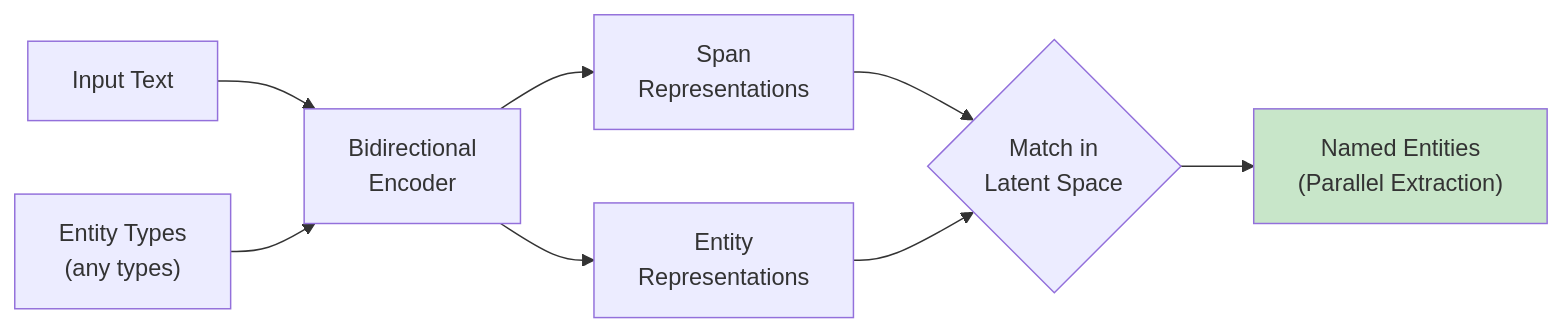
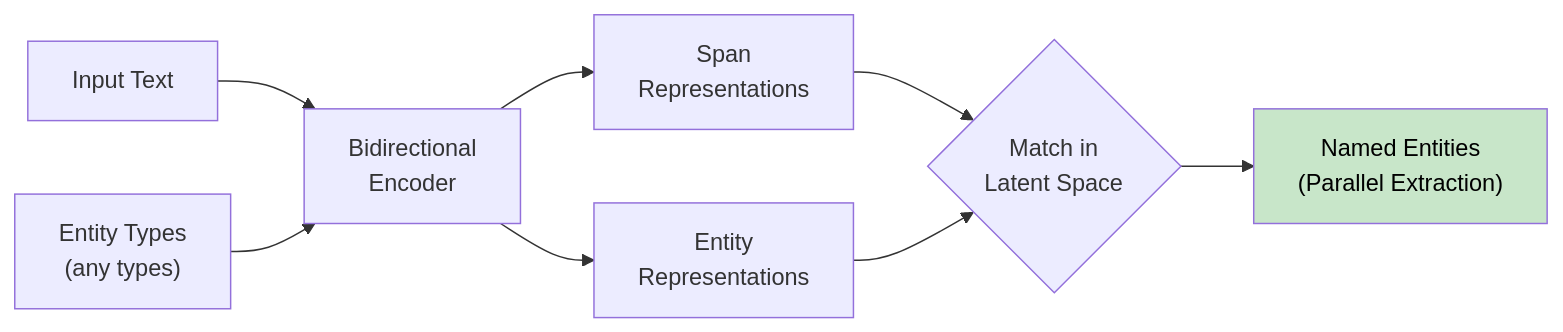
Before and after one commit to gel/gel.github.io: the first of 2 diagrams in content/generative-ai/2-genai-research/10_genai_architecture.md, drawn with Mermaid. The commit also changed other lines of this file and 9 other files, not shown here.

Commit message:
feat: Add 'Ralph Wiggum Loop' trick and enhance Mermaid diagram rendering for improved theme compatibility.

````diff
--- a/content/generative-ai/2-genai-research/10_genai_architecture.md
+++ b/content/generative-ai/2-genai-research/10_genai_architecture.md
@@ -41,12 +41,12 @@
 ```mermaid
 flowchart LR
     Text[Input Text] --> Enc[Bidirectional\nEncoder]
     Types["Entity Types\n(any types)"] --> Enc
     Enc --> Spans[Span\nRepresentations]
     Enc --> Entities[Entity\nRepresentations]
     Spans --> Match{Match in\nLatent Space}
     Entities --> Match
     Match --> NER["Named Entities\n(Parallel Extraction)"]
 
-    style NER fill:#c8e6c9
+    style NER fill:#c8e6c9,color:#000
 ```
````
